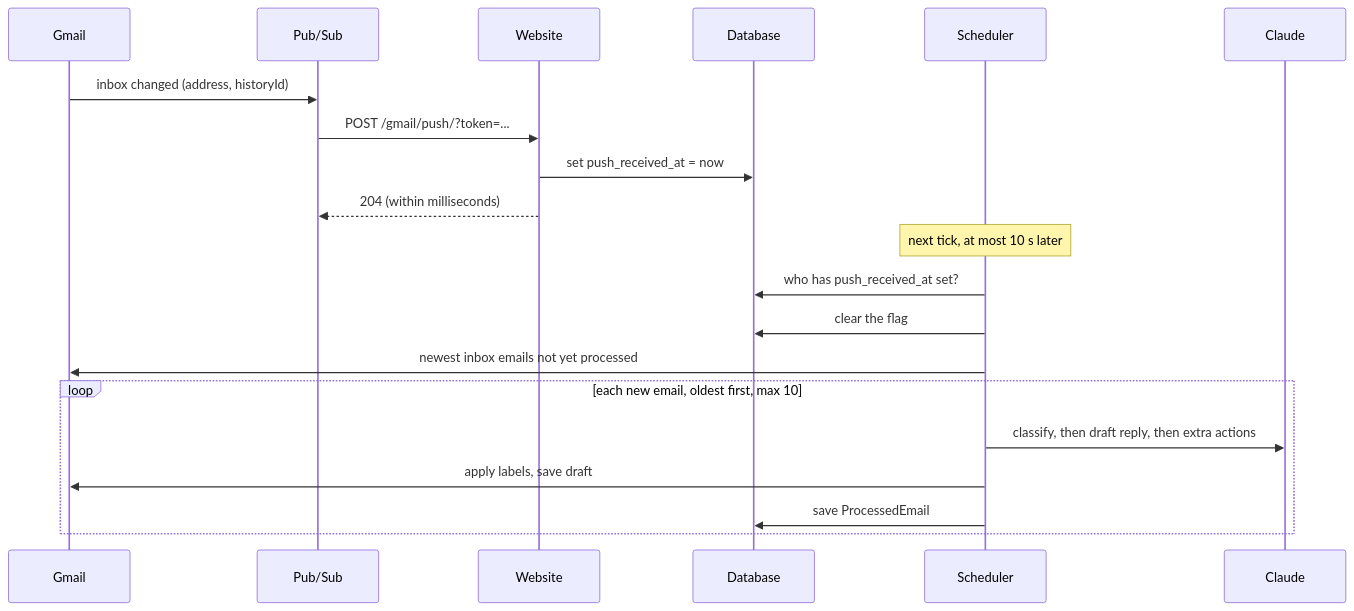
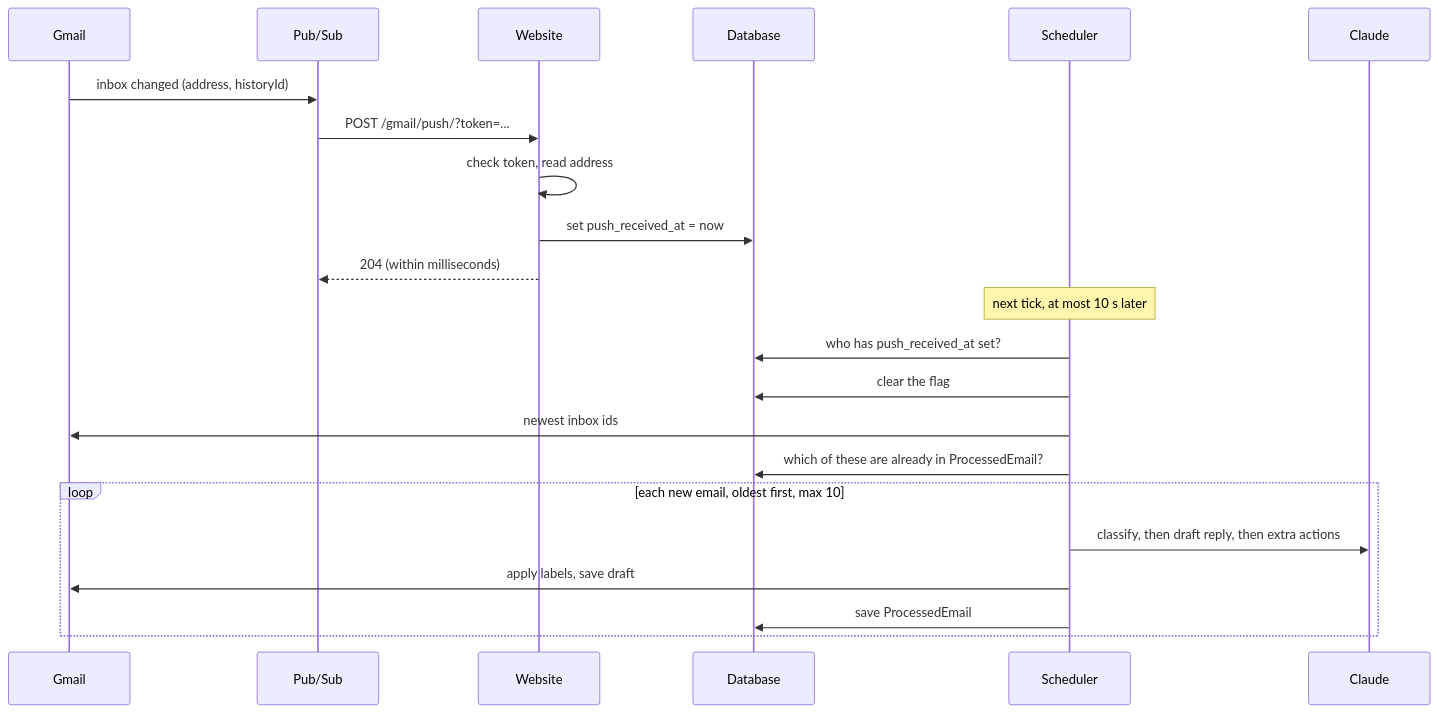
Before and after one commit to Ryancg3/email-agent-hack-2026: the fourth of 7 diagrams in docs/system-design.md, drawn with Mermaid. The commit also changed other lines of this file, not shown here.

First line of the commit message:
Expand the system design doc with diagrams (SHY-18)

````diff
--- a/docs/system-design.md
+++ b/docs/system-design.md
@@ -39,23 +147,25 @@
 ```mermaid
 sequenceDiagram
     participant G as Gmail
     participant P as Pub/Sub
     participant W as Website
     participant D as Database
     participant S as Scheduler
     participant C as Claude
 
     G->>P: inbox changed (address, historyId)
     P->>W: POST /gmail/push/?token=...
+    W->>W: check token, read address
     W->>D: set push_received_at = now
     W-->>P: 204 (within milliseconds)
     Note over S: next tick, at most 10 s later
     S->>D: who has push_received_at set?
     S->>D: clear the flag
-    S->>G: newest inbox emails not yet processed
+    S->>G: newest inbox ids
+    S->>D: which of these are already in ProcessedEmail?
     loop each new email, oldest first, max 10
         S->>C: classify, then draft reply, then extra actions
         S->>G: apply labels, save draft
         S->>D: save ProcessedEmail
     end
 ```
````
